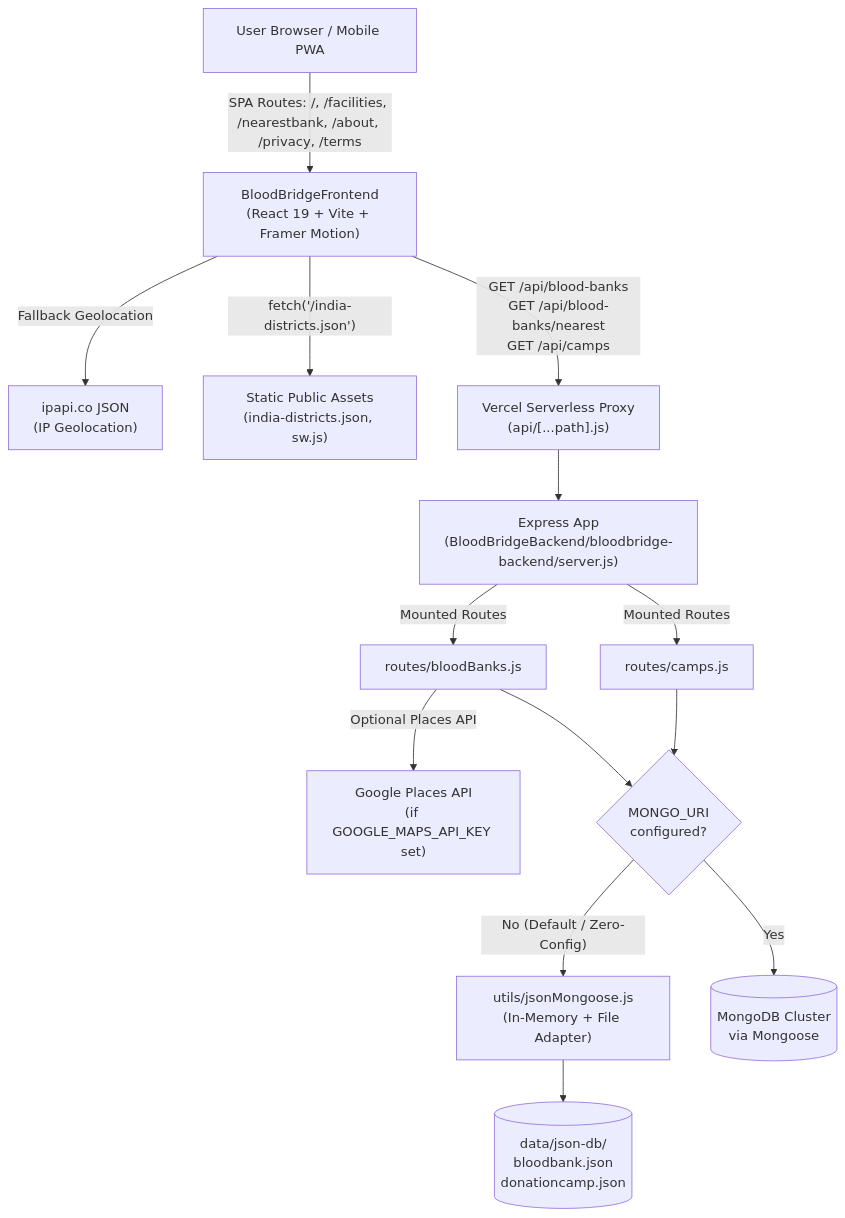
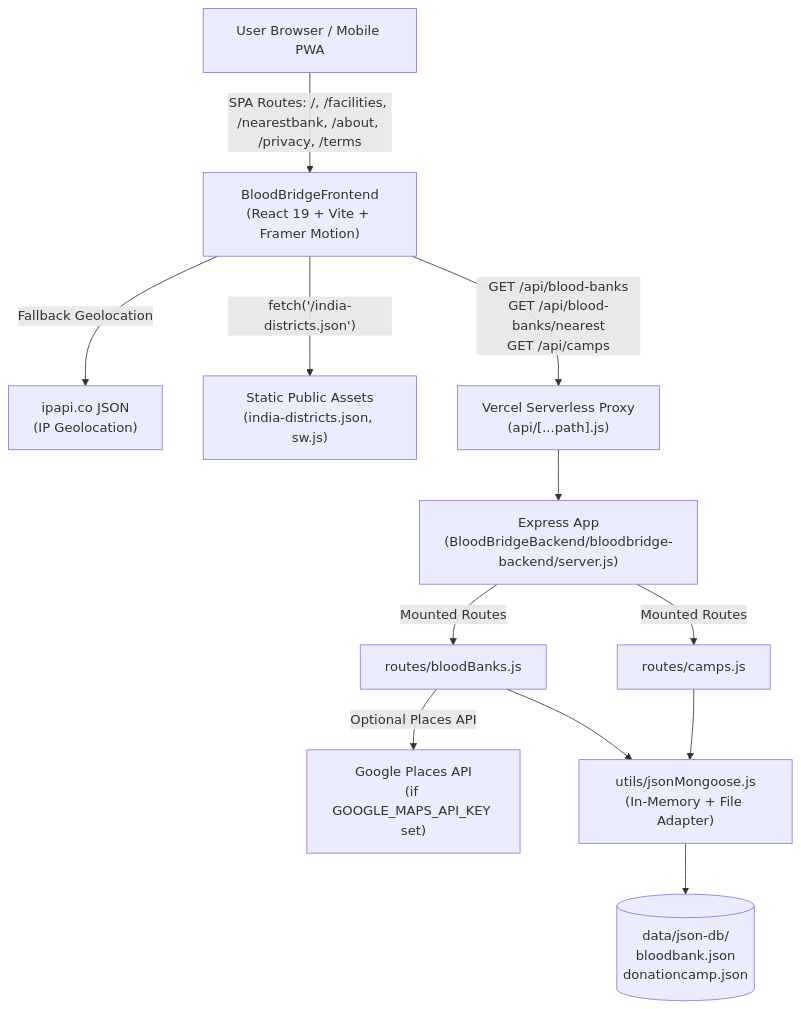
The diagram in README.md (godlyinsane/BloodBridge), drawn with Mermaid before and after one commit. The commit also changed other lines of this file, not shown here.

Commit message:
docs: remove MongoDB references from README and document local JSON DB

````diff
--- a/README.md
+++ b/README.md
@@ -76,19 +76,16 @@
 ```mermaid
 flowchart TD
     User["User Browser / Mobile PWA"] -->|"SPA Routes: /, /facilities, /nearestbank, /about, /privacy, /terms"| FE["BloodBridgeFrontend\n(React 19 + Vite + Framer Motion)"]
     FE -->|"Fallback Geolocation"| IPAPI["ipapi.co JSON\n(IP Geolocation)"]
     FE -->|"fetch('/india-districts.json')"| Static["Static Public Assets\n(india-districts.json, sw.js)"]
     FE -->|"GET /api/blood-banks\nGET /api/blood-banks/nearest\nGET /api/camps"| Proxy["Vercel Serverless Proxy\n(api/[...path].js)"]
     Proxy --> Express["Express App\n(BloodBridgeBackend/bloodbridge-backend/server.js)"]
 
     Express -->|"Mounted Routes"| R1["routes/bloodBanks.js"]
     Express -->|"Mounted Routes"| R2["routes/camps.js"]
 
     R1 -->|"Optional Places API"| GMaps["Google Places API\n(if GOOGLE_MAPS_API_KEY set)"]
-    R1 --> DBGate{"MONGO_URI\nconfigured?"}
-    R2 --> DBGate
-
-    DBGate -->|"No (Default / Zero-Config)"| JSONEng["utils/jsonMongoose.js\n(In-Memory + File Adapter)"]
-    DBGate -->|"Yes"| Mongo[("MongoDB Cluster\nvia Mongoose")]
+    R1 --> JSONEng["utils/jsonMongoose.js\n(In-Memory + File Adapter)"]
+    R2 --> JSONEng
     JSONEng --> JSONFiles[("data/json-db/\nbloodbank.json\ndonationcamp.json")]
 ```
````
